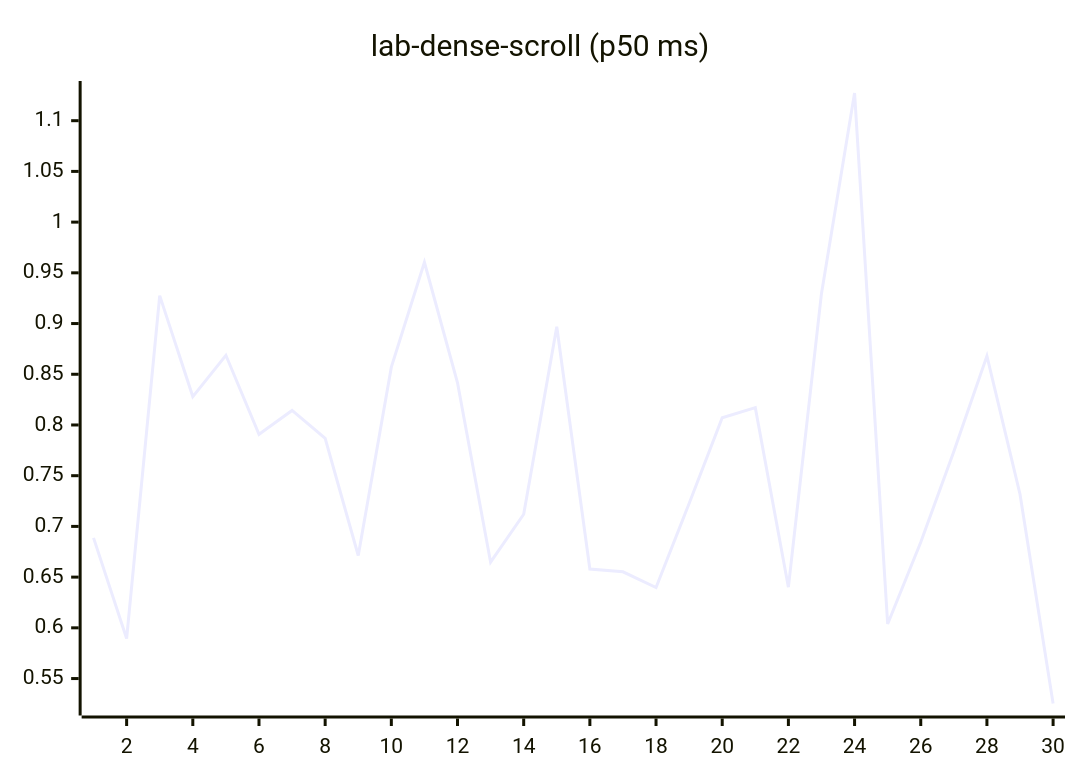
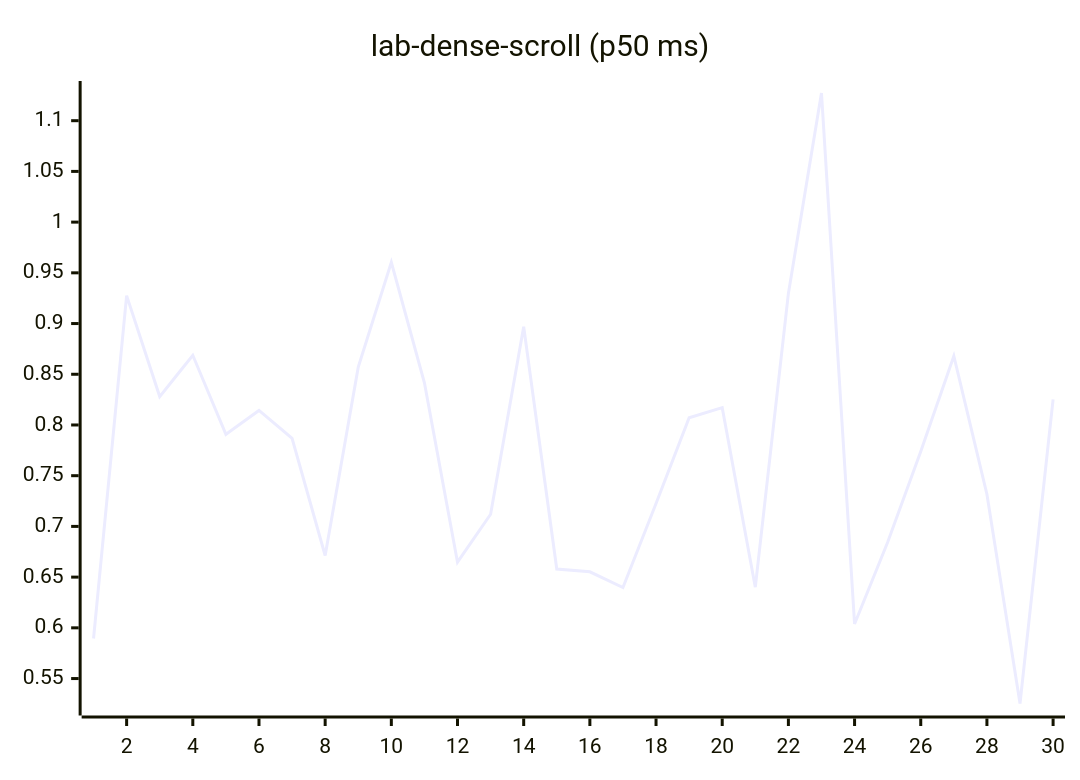
Before and after one commit to josha/Facet: diagram 12 of 27 in README.md, drawn with Mermaid. The commit also changed other lines of this file and 2 other files, not shown here.

````diff
--- a/README.md
+++ b/README.md
@@ -140,6 +140,6 @@
 ```mermaid
 xychart-beta
     title "lab-dense-scroll (p50 ms)"
     x-axis 1 --> 30
-    line [0.6887, 0.5895, 0.9275, 0.8280, 0.8687, 0.7908, 0.8143, 0.7869, 0.6713, 0.8570, 0.9604, 0.8416, 0.6647, 0.7120, 0.8968, 0.6580, 0.6552, 0.6397, 0.7226, 0.8071, 0.8171, 0.6401, 0.9297, 1.1273, 0.6038, 0.6843, 0.7739, 0.8680, 0.7317, 0.5254]
+    line [0.5895, 0.9275, 0.8280, 0.8687, 0.7908, 0.8143, 0.7869, 0.6713, 0.8570, 0.9604, 0.8416, 0.6647, 0.7120, 0.8968, 0.6580, 0.6552, 0.6397, 0.7226, 0.8071, 0.8171, 0.6401, 0.9297, 1.1273, 0.6038, 0.6843, 0.7739, 0.8680, 0.7317, 0.5254, 0.8252]
 ```
````
